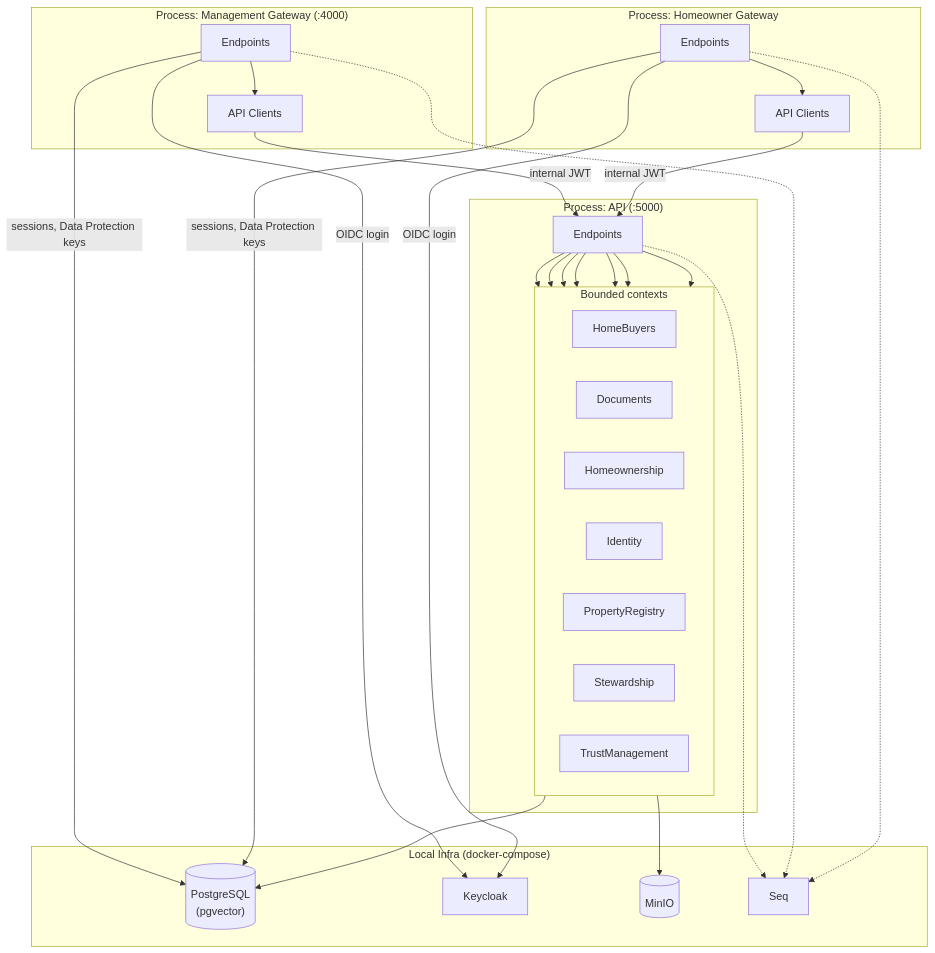
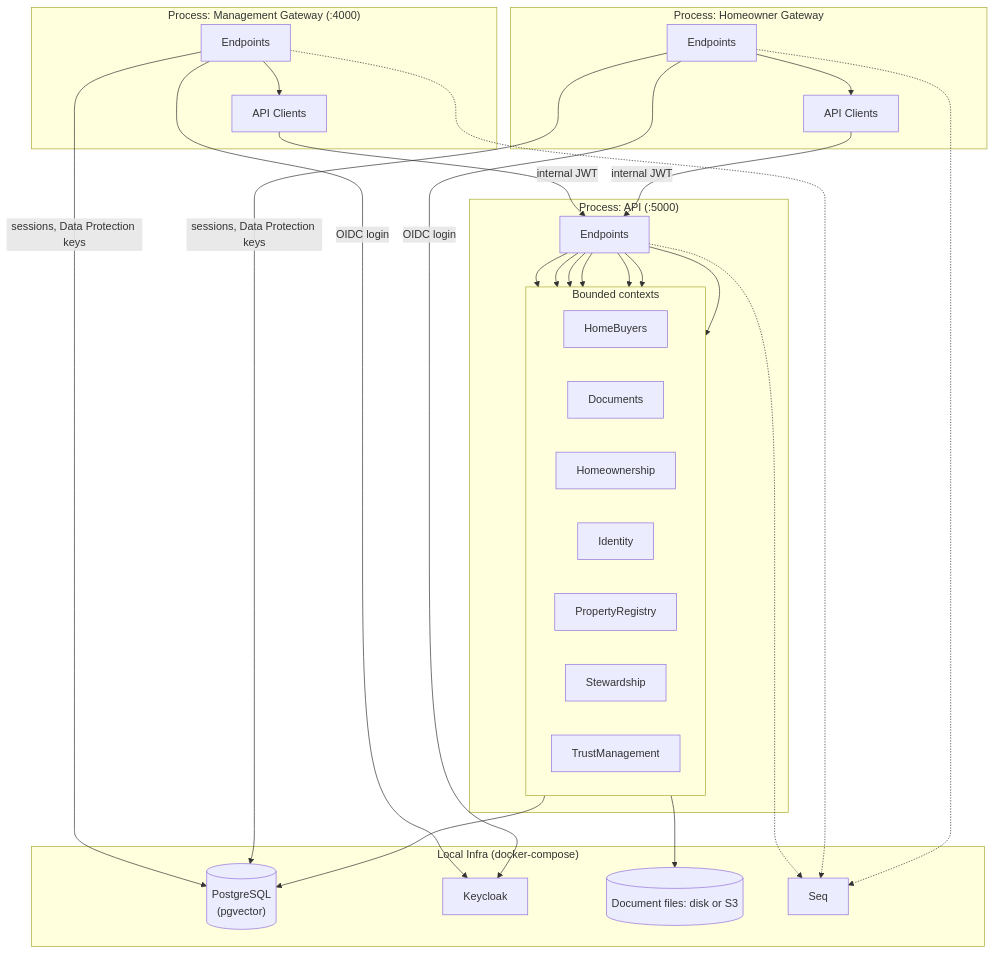
The diagram in docs/architecture.md (pkarlsson-codes/common-ground), drawn with Mermaid before and after one commit. The commit also changed other lines of this file and 23 other files, not shown here.

````diff
--- a/docs/architecture.md
+++ b/docs/architecture.md
@@ -5,55 +5,55 @@
 ```mermaid
 flowchart TB
     subgraph GatewayMgmt["Process: Management Gateway (:4000)"]
         MgmtEndpoints["Endpoints"]
         MgmtClients["API Clients"]
         MgmtEndpoints --> MgmtClients
     end
 
     subgraph GatewayHome["Process: Homeowner Gateway"]
         HomeEndpoints["Endpoints"]
         HomeClients["API Clients"]
         HomeEndpoints --> HomeClients
     end
 
     subgraph API["Process: API (:5000)"]
         ApiEndpoints["Endpoints"]
         subgraph Contexts["Bounded contexts"]
             direction LR
             HomeBuyers["HomeBuyers"]
             Documents["Documents"]
             Homeownership["Homeownership"]
             Identity["Identity"]
             PropertyRegistry["PropertyRegistry"]
             Stewardship["Stewardship"]
             TrustManagement["TrustManagement"]
         end
         ApiEndpoints --> HomeBuyers
         ApiEndpoints --> Documents
         ApiEndpoints --> Homeownership
         ApiEndpoints --> Identity
         ApiEndpoints --> PropertyRegistry
         ApiEndpoints --> Stewardship
         ApiEndpoints --> TrustManagement
     end
 
     subgraph Infra["Local Infra (docker-compose)"]
         Postgres[("PostgreSQL<br/>(pgvector)")]
         Keycloak["Keycloak"]
-        MinIO[("MinIO")]
+        Blobs[("Document files: disk or S3")]
         Seq["Seq"]
     end
 
     MgmtClients -- "internal JWT" --> ApiEndpoints
     HomeClients -- "internal JWT" --> ApiEndpoints
     MgmtEndpoints -- "OIDC login" --> Keycloak
     MgmtEndpoints -- "sessions, Data Protection keys" --> Postgres
     HomeEndpoints -- "OIDC login" --> Keycloak
     HomeEndpoints -- "sessions, Data Protection keys" --> Postgres
 
     Contexts --> Postgres
-    Documents --> MinIO
+    Documents --> Blobs
     ApiEndpoints -.-> Seq
     MgmtEndpoints -.-> Seq
     HomeEndpoints -.-> Seq
 ```
````
